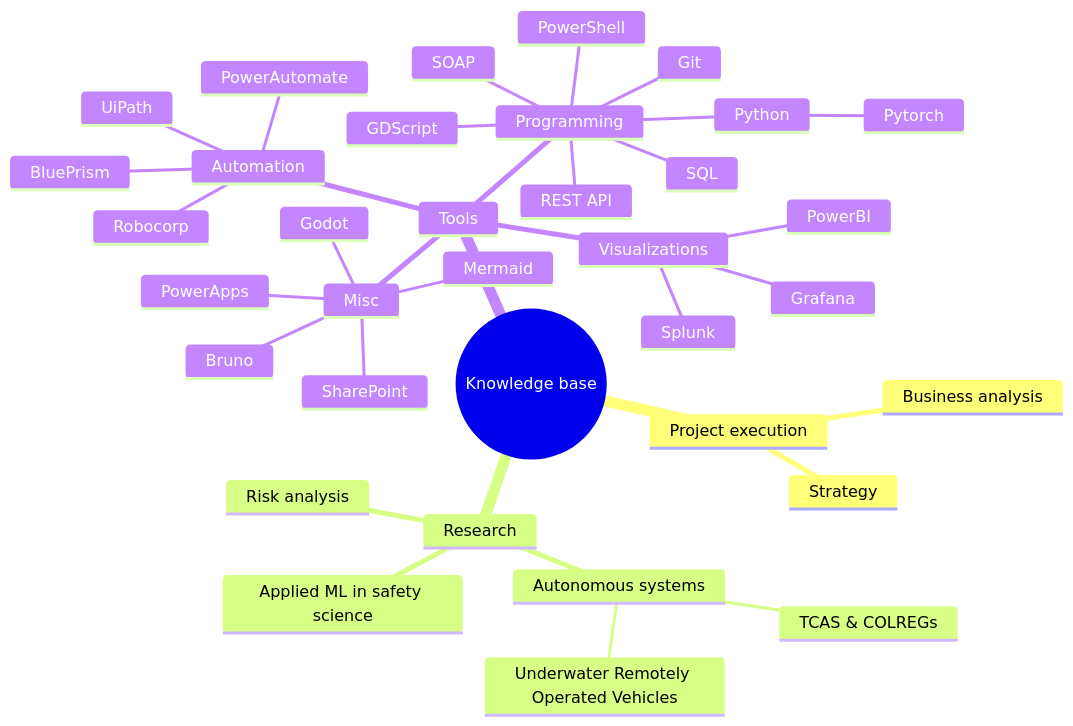
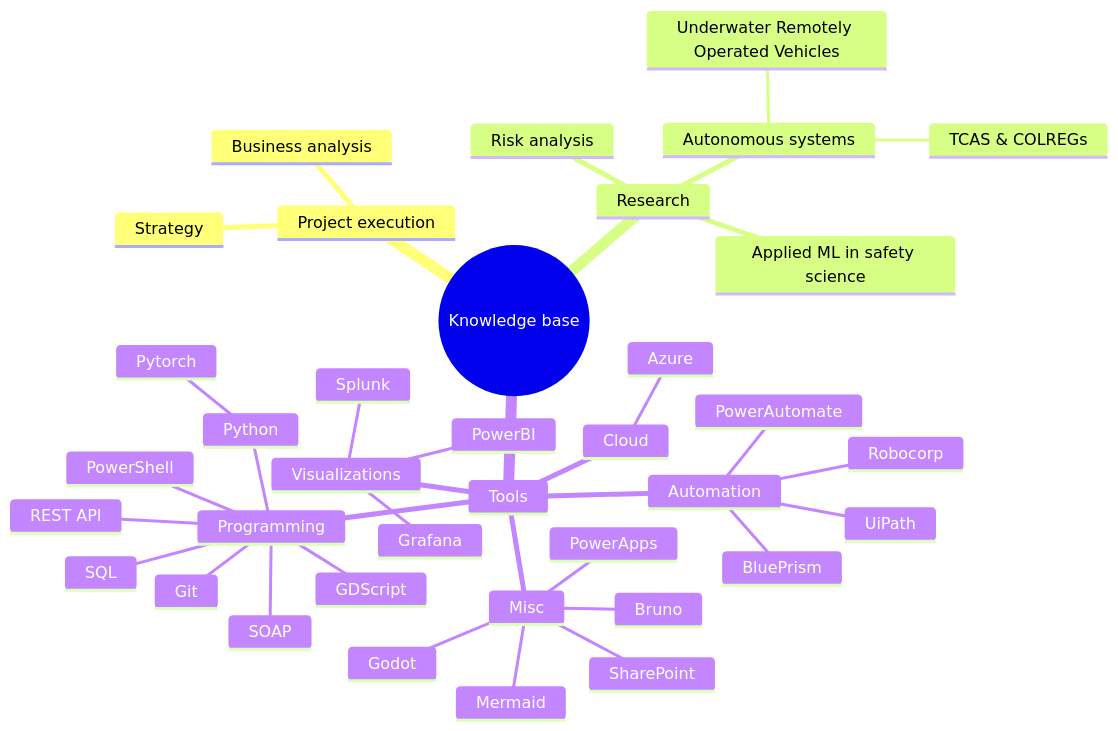
One commit to jeev20/jeev20.github.io changed the diagram in _tabs/about.md. Above: the diagram before and after it, drawn with Mermaid. The commit also changed 2 other files, not shown here.

Commit message:
added nerd miner blog - 2024-06-14 23:12:23]

````diff
--- a/_tabs/about.md
+++ b/_tabs/about.md
@@ -19,40 +19,42 @@
 ```mermaid
 mindmap
   root((Knowledge base))
     Project execution
         Business analysis
         Strategy
     Research
       Risk analysis
       Autonomous systems
         Underwater Remotely Operated Vehicles
         TCAS & COLREGs
       Applied ML in safety science
     Tools
+      Cloud
+        Azure
       Automation
         UiPath
         PowerAutomate
         BluePrism
         Robocorp
       Misc
         Mermaid
         SharePoint
         PowerApps
         Godot
         Bruno
       Programming
         Python
          Pytorch
         SQL
         PowerShell
         Git
         GDScript
         REST API
         SOAP
       Visualizations
         Splunk
         PowerBI
         Grafana
       
       
 ```
````
